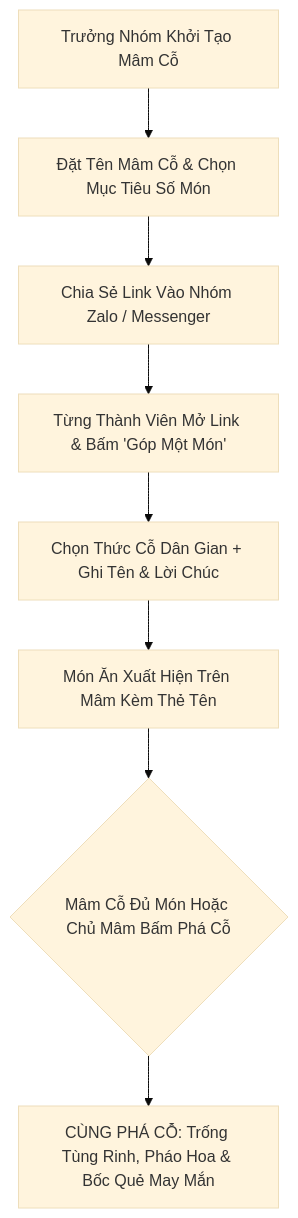
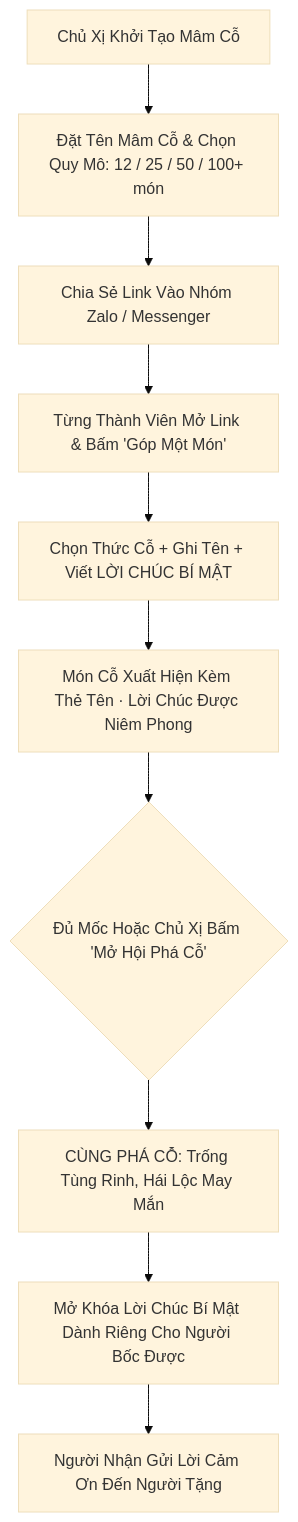
One commit to 1mSoSm1/TrungThu changed the second of 2 diagrams in mid_autumn_concepts.md. Above: the diagram before and after it, drawn with Mermaid (base theme). The commit also changed other lines of this file and 10 other files, not shown here.

````diff
--- a/mid_autumn_concepts.md
+++ b/mid_autumn_concepts.md
@@ -110,10 +110,12 @@
 ```mermaid
 graph TD
-    A["Trưởng Nhóm Khởi Tạo Mâm Cỗ"] --> B["Đặt Tên Mâm Cỗ & Chọn Mục Tiêu Số Món"]
+    A["Chủ Xị Khởi Tạo Mâm Cỗ"] --> B["Đặt Tên Mâm Cỗ & Chọn Quy Mô: 12 / 25 / 50 / 100+ món"]
     B --> C["Chia Sẻ Link Vào Nhóm Zalo / Messenger"]
     C --> D["Từng Thành Viên Mở Link & Bấm 'Góp Một Món'"]
-    D --> E["Chọn Thức Cỗ Dân Gian + Ghi Tên & Lời Chúc"]
-    E --> F["Món Ăn Xuất Hiện Trên Mâm Kèm Thẻ Tên"]
-    F --> G{"Mâm Cỗ Đủ Món Hoặc Chủ Mâm Bấm Phá Cỗ"}
-    G --> H["CÙNG PHÁ CỖ: Trống Tùng Rinh, Pháo Hoa & Bốc Quẻ May Mắn"]
+    D --> E["Chọn Thức Cỗ + Ghi Tên + Viết LỜI CHÚC BÍ MẬT"]
+    E --> F["Món Cỗ Xuất Hiện Kèm Thẻ Tên · Lời Chúc Được Niêm Phong"]
+    F --> G{"Đủ Mốc Hoặc Chủ Xị Bấm 'Mở Hội Phá Cỗ'"}
+    G --> H["CÙNG PHÁ CỖ: Trống Tùng Rinh, Hái Lộc May Mắn"]
+    H --> I["Mở Khóa Lời Chúc Bí Mật Dành Riêng Cho Người Bốc Được"]
+    I --> J["Người Nhận Gửi Lời Cảm Ơn Đến Người Tặng"]
 ```
````
